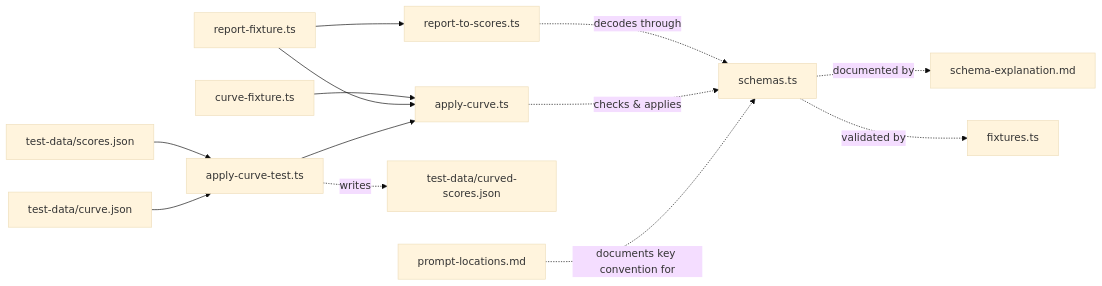
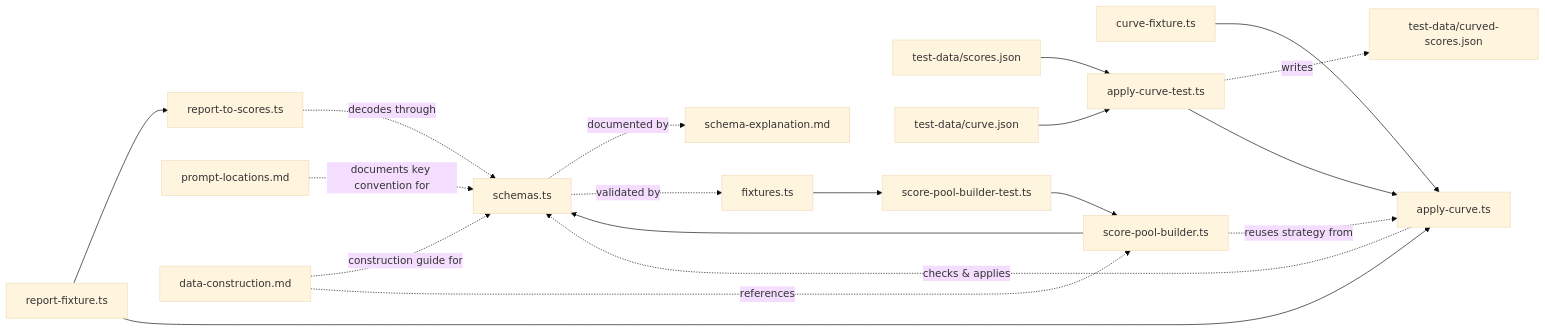
Before and after one commit to paideia-ai/tech-doc-axiia: the diagram in score-post-llm-pipeline/v3-effect/index.md, drawn with Mermaid (base theme). The commit also changed other lines of this file and 1 other file, not shown here.

Commit message:
Add data construction guide for JSONScores and ScorePool assembly

````diff
--- a/score-post-llm-pipeline/v3-effect/index.md
+++ b/score-post-llm-pipeline/v3-effect/index.md
@@ -23,15 +26,21 @@
 ```mermaid
 graph LR
     S[schemas.ts] -. "documented by" .-> E[schema-explanation.md]
     S -. "validated by" .-> F[fixtures.ts]
     RF[report-fixture.ts] --> RT[report-to-scores.ts]
     RT -. "decodes through" .-> S
     CF[curve-fixture.ts] --> AC[apply-curve.ts]
     RF --> AC
     AC -. "checks & applies" .-> S
     SJ[test-data/scores.json] --> ACT[apply-curve-test.ts]
     CJ[test-data/curve.json] --> ACT
     ACT -. "writes" .-> CSJ[test-data/curved-scores.json]
     ACT --> AC
     PL[prompt-locations.md] -. "documents key convention for" .-> S
+    DC[data-construction.md] -. "construction guide for" .-> S
+    DC -. "references" .-> SPB
+    SPB[score-pool-builder.ts] --> S
+    SPB -. "reuses strategy from" .-> AC
+    F --> SPBT[score-pool-builder-test.ts]
+    SPBT --> SPB
 ```
````
